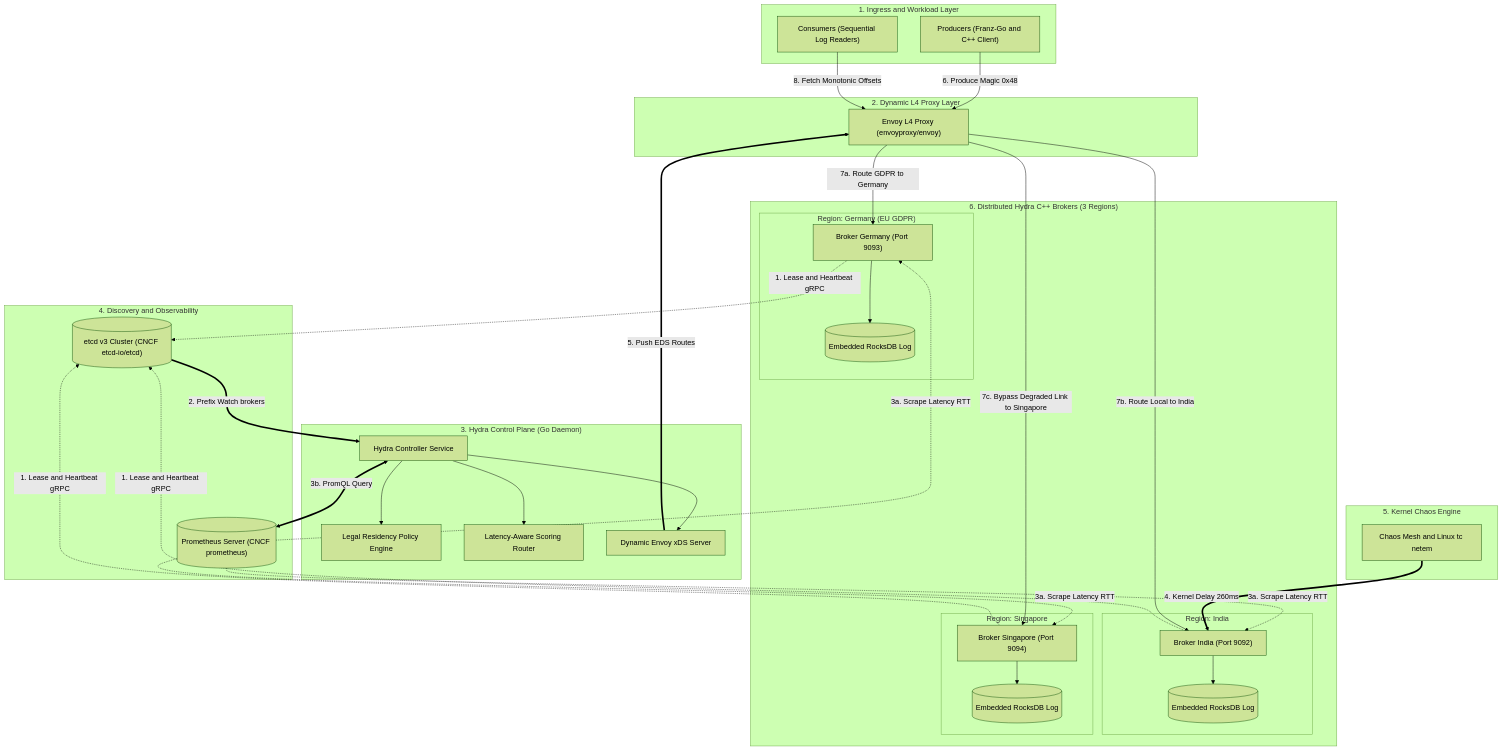
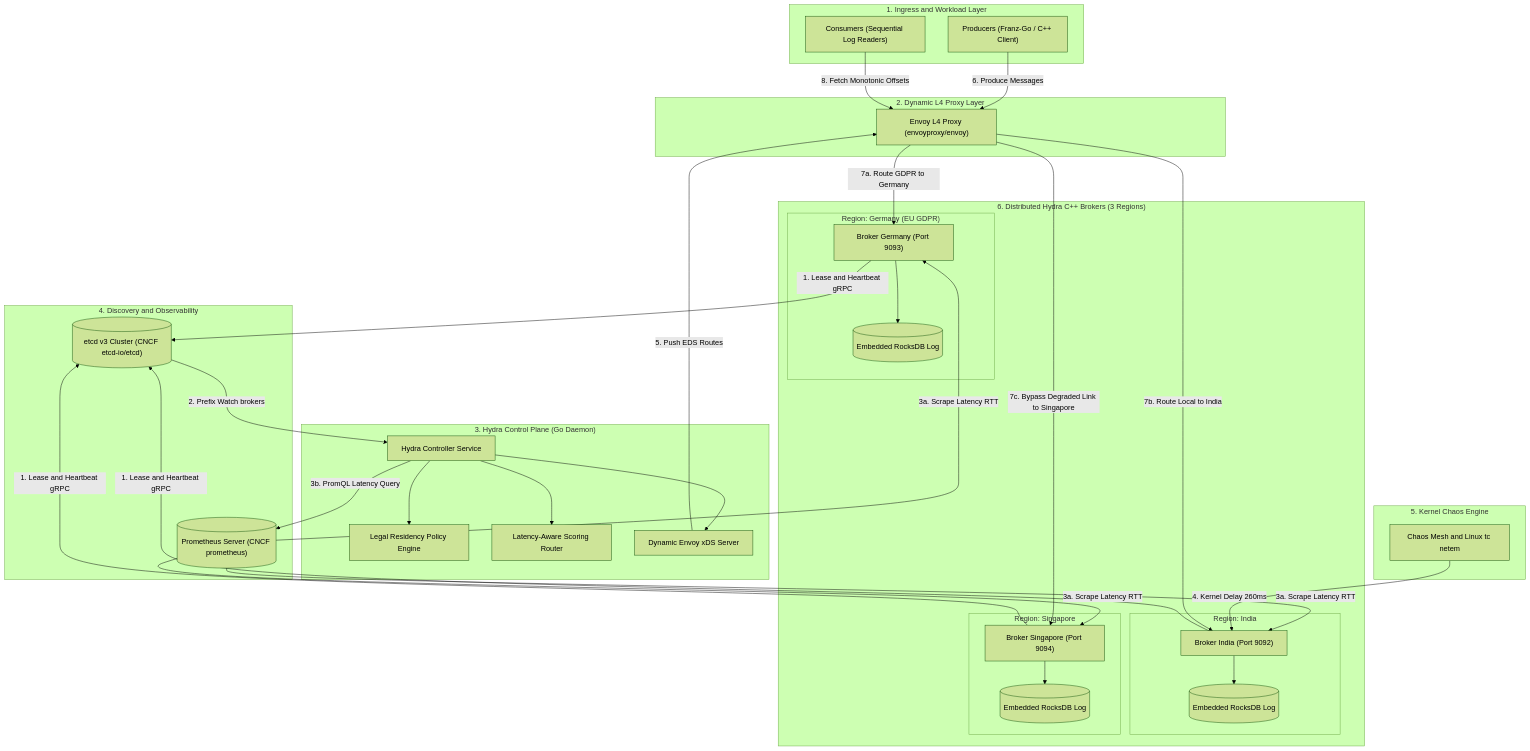
Before and after one commit to ansh0014/Hydra-Stream: the diagram in docs/architecture-connections.md, drawn with Mermaid (forest theme).

Commit message:
fix(docs): resolve all mermaid syntax parser issues for universal rendering

````diff
--- a/docs/architecture-connections.md
+++ b/docs/architecture-connections.md
@@ -3,78 +3,72 @@
 ```mermaid
 flowchart TB
     subgraph CLIENT_LAYER["1. Ingress and Workload Layer"]
-        PROD["Producers (Franz-Go and C++ Client)"]
+        PROD["Producers (Franz-Go / C++ Client)"]
         CONS["Consumers (Sequential Log Readers)"]
     end
 
     subgraph PROXY_LAYER["2. Dynamic L4 Proxy Layer"]
         ENVOY["Envoy L4 Proxy (envoyproxy/envoy)"]
     end
 
     subgraph CONTROL_LAYER["3. Hydra Control Plane (Go Daemon)"]
         CTRL["Hydra Controller Service"]
         POLICY["Legal Residency Policy Engine"]
         ROUTER["Latency-Aware Scoring Router"]
         XDS_SERVER["Dynamic Envoy xDS Server"]
         
         CTRL --> POLICY
         CTRL --> ROUTER
         CTRL --> XDS_SERVER
     end
 
     subgraph OPEN_SOURCE_INFRA["4. Discovery and Observability"]
         ETCD[("etcd v3 Cluster (CNCF etcd-io/etcd)")]
         PROM[("Prometheus Server (CNCF prometheus)")]
     end
 
     subgraph CHAOS_LAYER["5. Kernel Chaos Engine"]
         CHAOS["Chaos Mesh and Linux tc netem"]
     end
 
     subgraph REGIONS["6. Distributed Hydra C++ Brokers (3 Regions)"]
         subgraph REGION_INDIA["Region: India"]
             BR_IN["Broker India (Port 9092)"]
             ROCKS_IN[("Embedded RocksDB Log")]
             BR_IN --> ROCKS_IN
         end
 
         subgraph REGION_GERMANY["Region: Germany (EU GDPR)"]
             BR_DE["Broker Germany (Port 9093)"]
             ROCKS_DE[("Embedded RocksDB Log")]
             BR_DE --> ROCKS_DE
         end
 
         subgraph REGION_SINGAPORE["Region: Singapore"]
             BR_SG["Broker Singapore (Port 9094)"]
             ROCKS_SG[("Embedded RocksDB Log")]
             BR_SG --> ROCKS_SG
         end
     end
 
-    %% Registration
-    BR_IN -.->|"1. Lease and Heartbeat gRPC"| ETCD
-    BR_DE -.->|"1. Lease and Heartbeat gRPC"| ETCD
-    BR_SG -.->|"1. Lease and Heartbeat gRPC"| ETCD
+    BR_IN -->|"1. Lease and Heartbeat gRPC"| ETCD
+    BR_DE -->|"1. Lease and Heartbeat gRPC"| ETCD
+    BR_SG -->|"1. Lease and Heartbeat gRPC"| ETCD
 
-    %% Discovery Watch
-    ETCD ==>|"2. Prefix Watch brokers"| CTRL
+    ETCD -->|"2. Prefix Watch brokers"| CTRL
 
-    %% Telemetry & Probes
-    PROM -.->|"3a. Scrape Latency RTT"| BR_IN
-    PROM -.->|"3a. Scrape Latency RTT"| BR_DE
-    PROM -.->|"3a. Scrape Latency RTT"| BR_SG
-    CTRL <==>|"3b. PromQL Query"| PROM
+    PROM -->|"3a. Scrape Latency RTT"| BR_IN
+    PROM -->|"3a. Scrape Latency RTT"| BR_DE
+    PROM -->|"3a. Scrape Latency RTT"| BR_SG
+    CTRL -->|"3b. PromQL Latency Query"| PROM
 
-    %% Fault Injection
-    CHAOS ==>|"4. Kernel Delay 260ms"| BR_IN
+    CHAOS -->|"4. Kernel Delay 260ms"| BR_IN
 
-    %% xDS Config Push
-    XDS_SERVER ==>|"5. Push EDS Routes"| ENVOY
+    XDS_SERVER -->|"5. Push EDS Routes"| ENVOY
 
-    %% Ingress & Routing
-    PROD -->|"6. Produce Magic 0x48"| ENVOY
+    PROD -->|"6. Produce Messages"| ENVOY
     ENVOY -->|"7a. Route GDPR to Germany"| BR_DE
     ENVOY -->|"7b. Route Local to India"| BR_IN
     ENVOY -->|"7c. Bypass Degraded Link to Singapore"| BR_SG
     CONS -->|"8. Fetch Monotonic Offsets"| ENVOY
 ```
````
